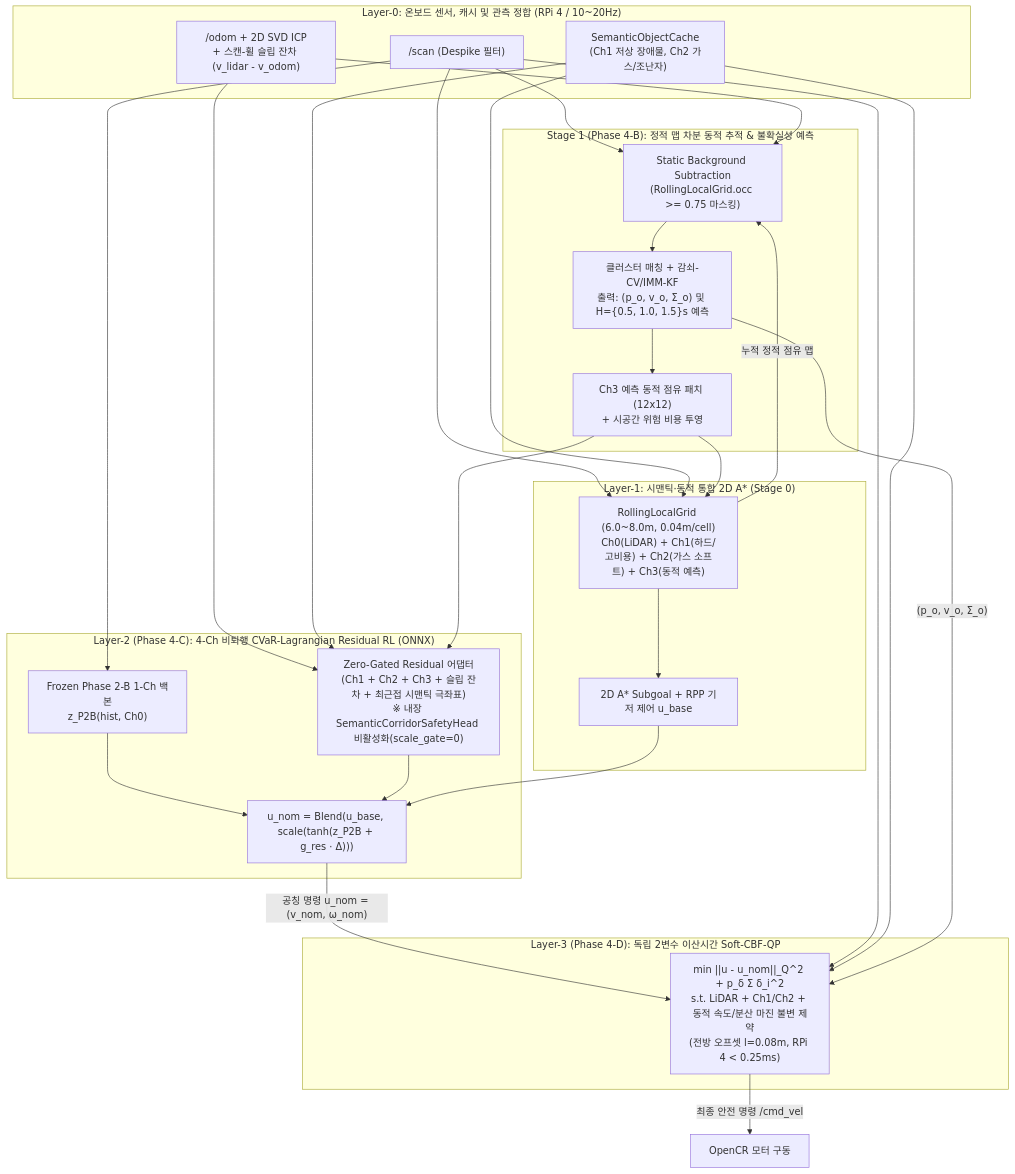
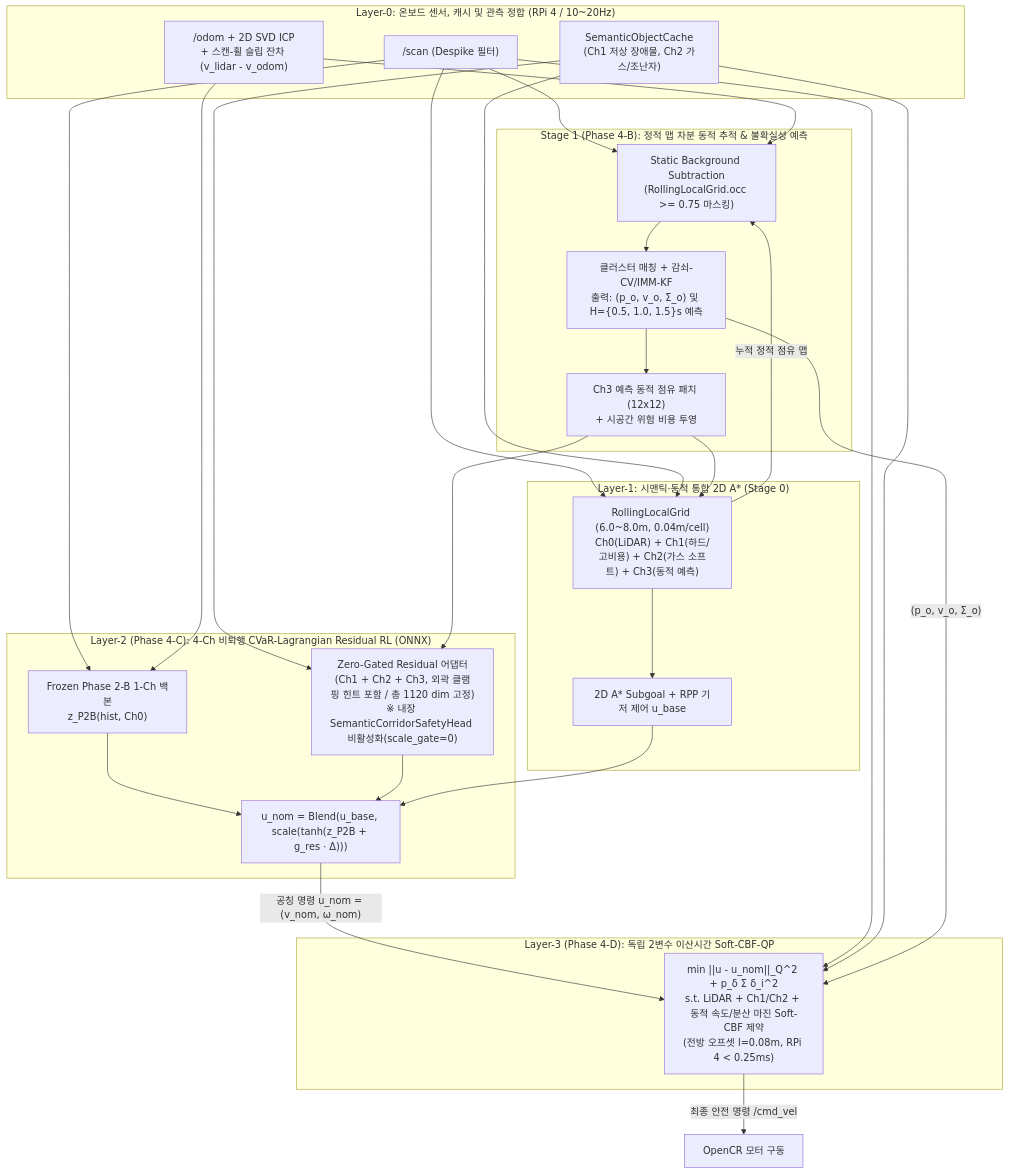
The diagram in docs/Phase4_재검증_연구설계_및_구현계획.md (rjw136-lab/disaster_recovery_ws), drawn with Mermaid before and after one commit. The commit also changed other lines of this file, not shown here.

Commit message:
docs: fix CBF decay rate units, unify 1120-dim RL spec, add clustering dropout/wrap-around and residual consistency fixes

````diff
--- a/docs/Phase4_재검증_연구설계_및_구현계획.md
+++ b/docs/Phase4_재검증_연구설계_및_구현계획.md
@@ -36,53 +36,53 @@
 ```mermaid
 flowchart TB
     subgraph SENS["Layer-0: 온보드 센서, 캐시 및 관측 정합 (RPi 4 / 10~20Hz)"]
         SCAN["/scan (Despike 필터)"]
         ODOM["/odom + 2D SVD ICP<br/>+ 스캔-휠 슬립 잔차 (v_lidar - v_odom)"]
         CACHE["SemanticObjectCache<br/>(Ch1 저상 장애물, Ch2 가스/조난자)"]
     end
 
     subgraph DYN["Stage 1 (Phase 4-B): 정적 맵 차분 동적 추적 & 불확실성 예측"]
         SUB["Static Background Subtraction<br/>(RollingLocalGrid.occ >= 0.75 마스킹)"]
         KF["클러스터 매칭 + 감쇠-CV/IMM-KF<br/>출력: (p_o, v_o, Σ_o) 및 H={0.5, 1.0, 1.5}s 예측"]
         CH3["Ch3 예측 동적 점유 패치 (12x12)<br/>+ 시공간 위험 비용 투영"]
     end
 
     subgraph PLAN["Layer-1: 시맨틱·동적 통합 2D A* (Stage 0)"]
         GRID["RollingLocalGrid (6.0~8.0m, 0.04m/cell)<br/>Ch0(LiDAR) + Ch1(하드/고비용) + Ch2(가스 소프트) + Ch3(동적 예측)"]
         ASTAR["2D A* Subgoal + RPP 기저 제어 u_base"]
     end
 
     subgraph RL["Layer-2 (Phase 4-C): 4-Ch 비퇴행 CVaR-Lagrangian Residual RL (ONNX)"]
         P2B["Frozen Phase 2-B 1-Ch 백본<br/>z_P2B(hist, Ch0)"]
-        RES["Zero-Gated Residual 어댑터<br/>(Ch1 + Ch2 + Ch3 + 슬립 잔차 + 최근접 시맨틱 극좌표)<br/>※ 내장 SemanticCorridorSafetyHead 비활성화(scale_gate=0)"]
+        RES["Zero-Gated Residual 어댑터<br/>(Ch1 + Ch2 + Ch3, 외곽 클램핑 힌트 포함 / 총 1120 dim 고정)<br/>※ 내장 SemanticCorridorSafetyHead 비활성화(scale_gate=0)"]
         BLEND["u_nom = Blend(u_base, scale(tanh(z_P2B + g_res · Δ)))"]
     end
 
     subgraph SHIELD["Layer-3 (Phase 4-D): 독립 2변수 이산시간 Soft-CBF-QP"]
-        CBF["min ||u - u_nom||_Q^2 + p_δ Σ δ_i^2<br/>s.t. LiDAR + Ch1/Ch2 + 동적 속도/분산 마진 불변 제약<br/>(전방 오프셋 l=0.08m, RPi 4 < 0.25ms)"]
+        CBF["min ||u - u_nom||_Q^2 + p_δ Σ δ_i^2<br/>s.t. LiDAR + Ch1/Ch2 + 동적 속도/분산 마진 Soft-CBF 제약<br/>(전방 오프셋 l=0.08m, RPi 4 < 0.25ms)"]
     end
 
     SCAN --> SUB
     ODOM --> SUB
     GRID -- "누적 정적 점유 맵" --> SUB
     SUB --> KF --> CH3
 
     SCAN --> GRID
     CACHE --> GRID
     CH3 --> GRID
     GRID --> ASTAR
 
     SCAN --> P2B
-    ODOM --> RES
+    ODOM --> P2B
     CACHE --> RES
     CH3 --> RES
     P2B --> BLEND
     RES --> BLEND
     ASTAR --> BLEND
 
     BLEND -- "공칭 명령 u_nom = (v_nom, ω_nom)" --> CBF
     SCAN --> CBF
     CACHE --> CBF
     KF -- "(p_o, v_o, Σ_o)" --> CBF
     CBF -- "최종 안전 명령 /cmd_vel" --> MOT["OpenCR 모터 구동"]
 ```
````
